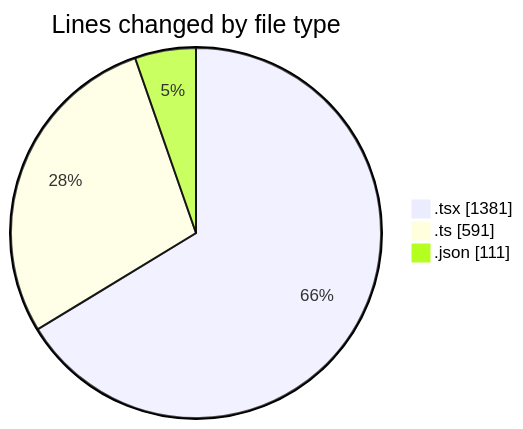
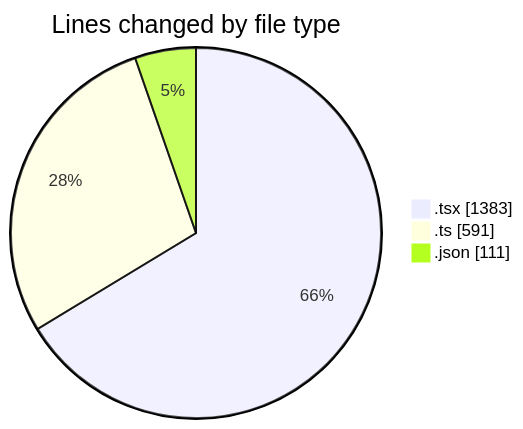
One commit to julien-gomy/code-tracking changed the first of 2 diagrams in 2025-11-08/eventscop-frontend-guide__workspace_/README.md. Above: the diagram before and after it, drawn with Mermaid. The commit also changed other lines of this file and 1 other file, not shown here.

````diff
--- a/2025-11-08/eventscop-frontend-guide__workspace_/README.md
+++ b/2025-11-08/eventscop-frontend-guide__workspace_/README.md
@@ -34,7 +34,7 @@
 ```mermaid
 pie showData
 title Lines changed by file type
-".tsx" : 1381
+".tsx" : 1383
 ".ts" : 591
 ".json" : 111
 ```
````
